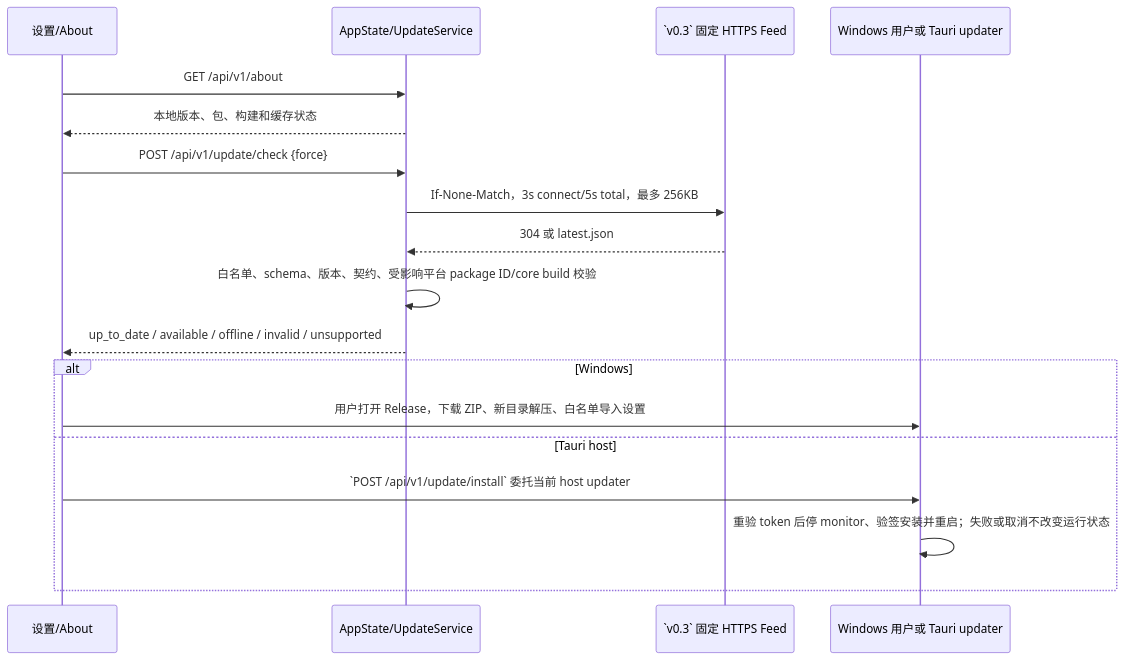
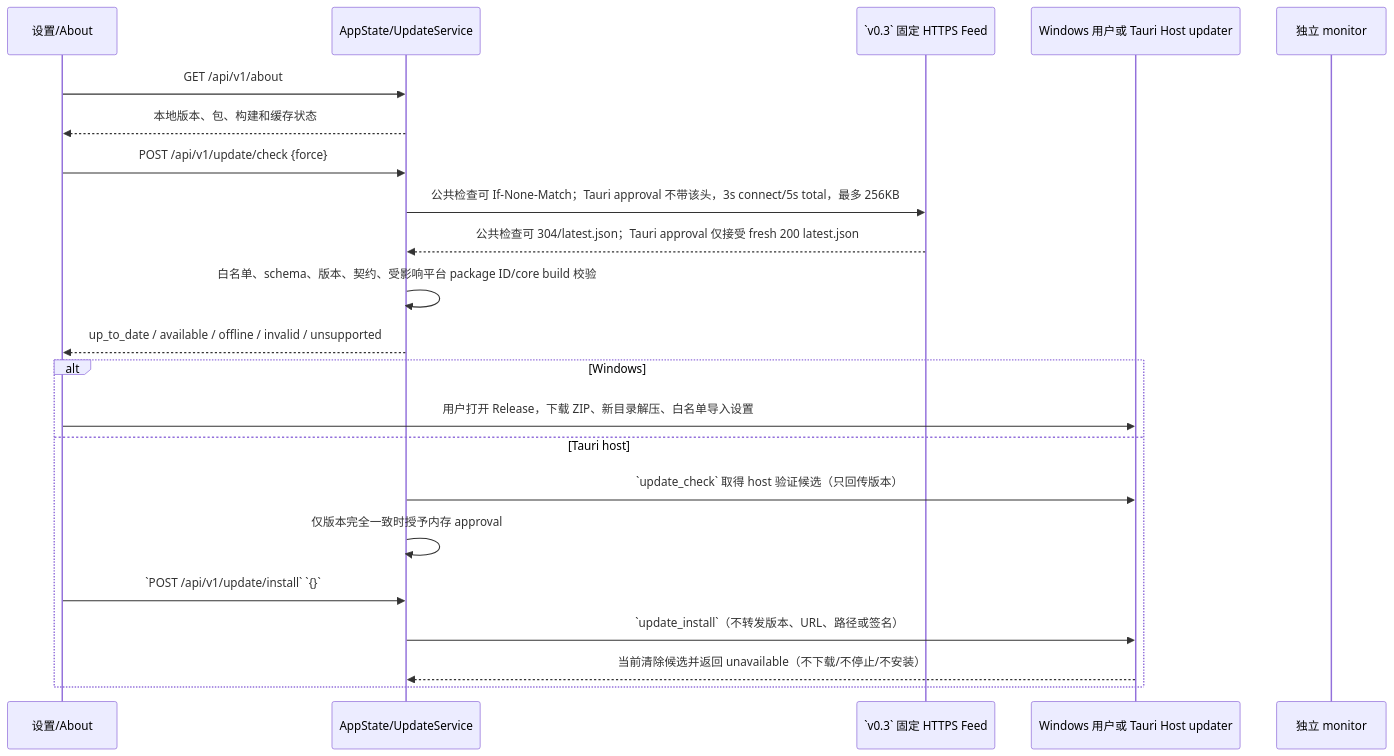
Diagram 16 of 16 in docs/architecture/INTERFACES_AND_FLOWS.md (lyc1126/InvoiceHub), drawn with Mermaid before and after one commit. The commit also changed other lines of this file and 49 other files, not shown here.

````diff
--- a/docs/architecture/INTERFACES_AND_FLOWS.md
+++ b/docs/architecture/INTERFACES_AND_FLOWS.md
@@ -567,20 +604,24 @@
 ```mermaid
 sequenceDiagram
     participant UI as 设置/About
     participant API as AppState/UpdateService
     participant Feed as `v0.3` 固定 HTTPS Feed
-    participant Platform as Windows 用户或 Tauri updater
+    participant Platform as Windows 用户或 Tauri Host updater
+    participant Monitor as 独立 monitor
     UI->>API: GET /api/v1/about
     API-->>UI: 本地版本、包、构建和缓存状态
     UI->>API: POST /api/v1/update/check {force}
-    API->>Feed: If-None-Match，3s connect/5s total，最多 256KB
-    Feed-->>API: 304 或 latest.json
+    API->>Feed: 公共检查可 If-None-Match；Tauri approval 不带该头，3s connect/5s total，最多 256KB
+    Feed-->>API: 公共检查可 304/latest.json；Tauri approval 仅接受 fresh 200 latest.json
     API->>API: 白名单、schema、版本、契约、受影响平台 package ID/core build 校验
     API-->>UI: up_to_date / available / offline / invalid / unsupported
     alt Windows
         UI->>Platform: 用户打开 Release，下载 ZIP、新目录解压、白名单导入设置
     else Tauri host
-        UI->>Platform: `POST /api/v1/update/install` 委托当前 host updater
-        Platform->>Platform: 重验 token 后停 monitor、验签安装并重启；失败或取消不改变运行状态
+        API->>Platform: `update_check` 取得 host 验证候选（只回传版本）
+        API->>API: 仅版本完全一致时授予内存 approval
+        UI->>API: `POST /api/v1/update/install` `{}`
+        API->>Platform: `update_install`（不转发版本、URL、路径或签名）
+        Platform-->>API: 当前清除候选并返回 unavailable（不下载/不停止/不安装）
     end
 ```
````
